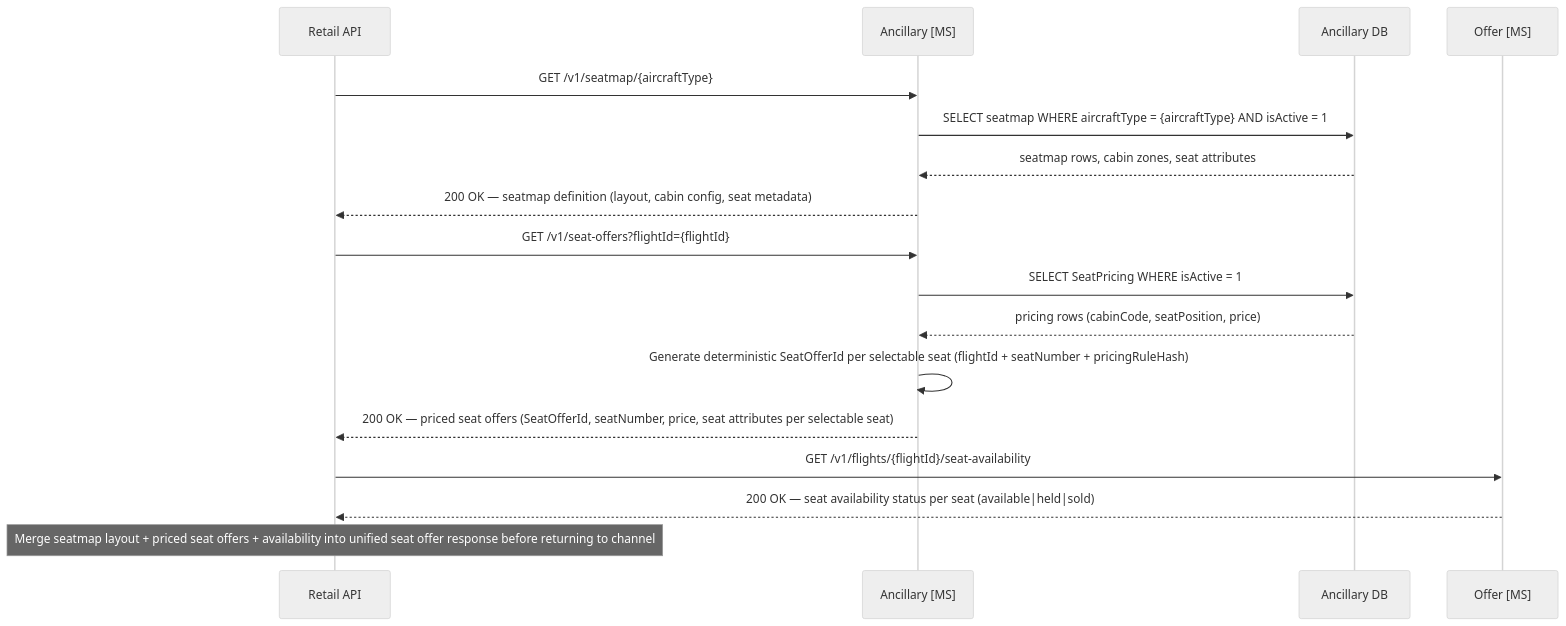
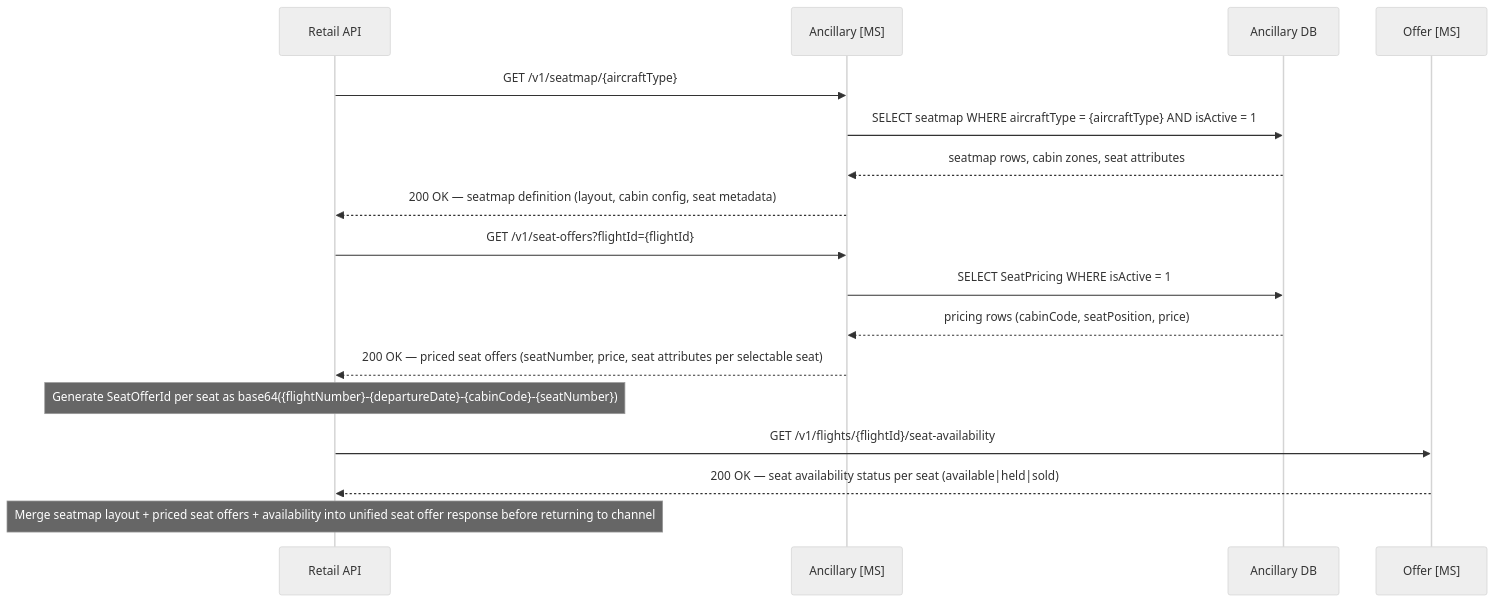
One commit to sebharvey/airline-reservation-system changed the first of 4 diagrams in documentation/design/ancillary.md. Above: the diagram before and after it, drawn with Mermaid (neutral theme). The commit also changed other lines of this file and 6 other files, not shown here.

First line of the commit message:
Change seat offer ID to base64-encoded flight/date/cabin/seat string

````diff
--- a/documentation/design/ancillary.md
+++ b/documentation/design/ancillary.md
@@ -31,23 +31,23 @@
 ```mermaid
 sequenceDiagram
     participant RetailAPI as Retail API
     participant AncillaryMS as Ancillary [MS]
     participant AncillaryDB as Ancillary DB
     participant OfferMS as Offer [MS]
 
     RetailAPI->>AncillaryMS: GET /v1/seatmap/{aircraftType}
     AncillaryMS->>AncillaryDB: SELECT seatmap WHERE aircraftType = {aircraftType} AND isActive = 1
     AncillaryDB-->>AncillaryMS: seatmap rows, cabin zones, seat attributes
     AncillaryMS-->>RetailAPI: 200 OK — seatmap definition (layout, cabin config, seat metadata)
 
     RetailAPI->>AncillaryMS: GET /v1/seat-offers?flightId={flightId}
     AncillaryMS->>AncillaryDB: SELECT SeatPricing WHERE isActive = 1
     AncillaryDB-->>AncillaryMS: pricing rows (cabinCode, seatPosition, price)
-    AncillaryMS->>AncillaryMS: Generate deterministic SeatOfferId per selectable seat (flightId + seatNumber + pricingRuleHash)
-    AncillaryMS-->>RetailAPI: 200 OK — priced seat offers (SeatOfferId, seatNumber, price, seat attributes per selectable seat)
+    AncillaryMS-->>RetailAPI: 200 OK — priced seat offers (seatNumber, price, seat attributes per selectable seat)
+    Note over RetailAPI: Generate SeatOfferId per seat as base64({flightNumber}-{departureDate}-{cabinCode}-{seatNumber})
 
     RetailAPI->>OfferMS: GET /v1/flights/{flightId}/seat-availability
     OfferMS-->>RetailAPI: 200 OK — seat availability status per seat (available|held|sold)
 
     Note over RetailAPI: Merge seatmap layout + priced seat offers + availability into unified seat offer response before returning to channel
 ```
````
